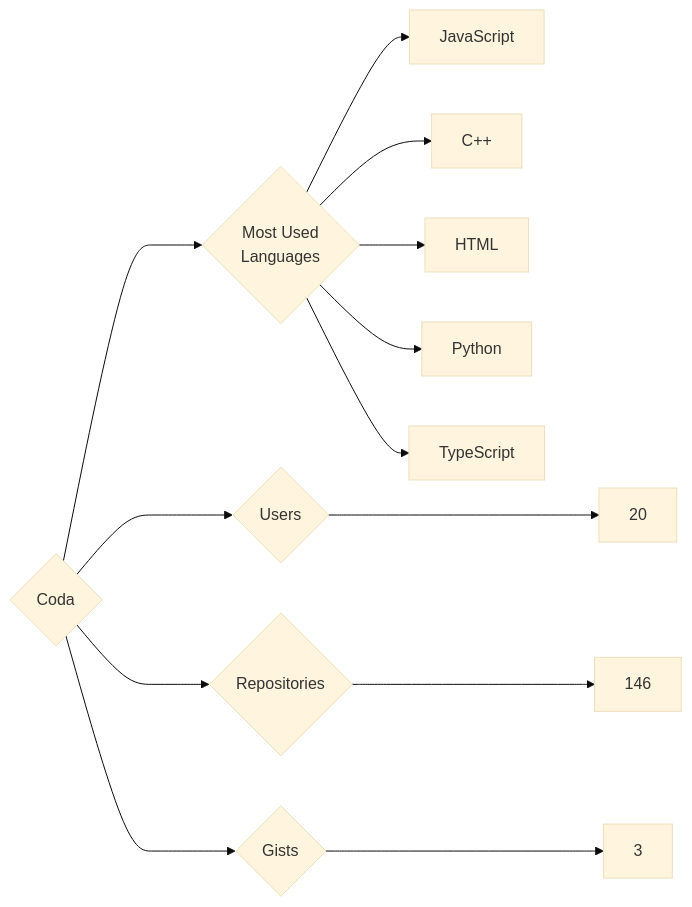
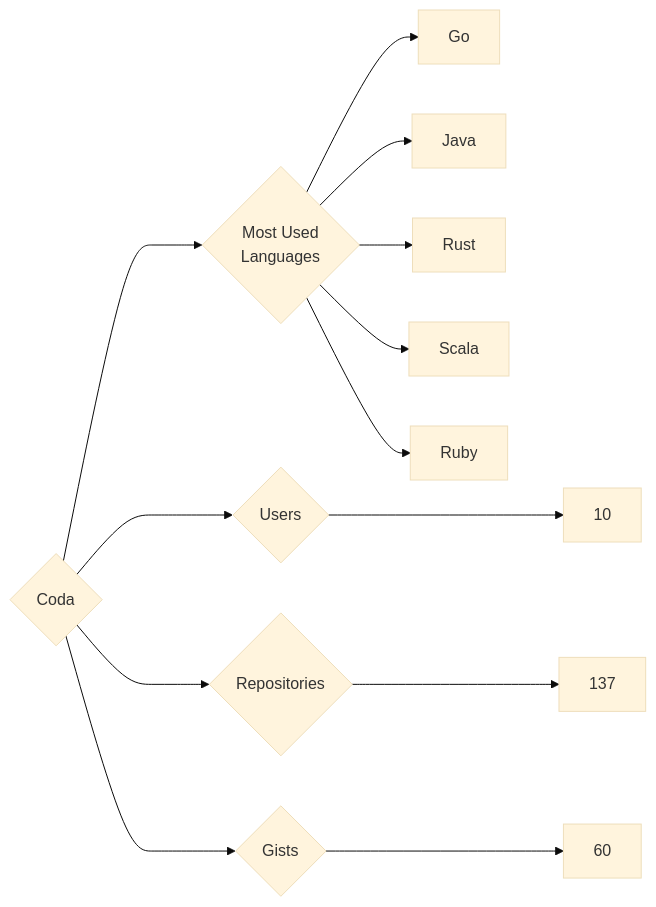
The diagram in targets/Coda/README.md (trickest/insiders), drawn with Mermaid (base theme) before and after one commit. The commit also changed 657 other files, not shown here.

````diff
--- a/targets/Coda/README.md
+++ b/targets/Coda/README.md
@@ -3,13 +3,13 @@
 ```mermaid
 graph LR
 COMPANY_NAME{Coda}
-COMPANY_NAME ---> U{Users} ---> UN[20]
-COMPANY_NAME ---> R{Repositories} ---> RN[146]
-COMPANY_NAME ---> G{Gists} ---> GN[3]
+COMPANY_NAME ---> U{Users} ---> UN[10]
+COMPANY_NAME ---> R{Repositories} ---> RN[137]
+COMPANY_NAME ---> G{Gists} ---> GN[60]
 COMPANY_NAME ---> ML{Most Used<br>Languages}
-ML --> JavaScript[JavaScript]
-ML --> C++[C++]
-ML --> HTML[HTML]
-ML --> Python[Python]
-ML --> TypeScript[TypeScript]
+ML --> Go[Go]
+ML --> Java[Java]
+ML --> Rust[Rust]
+ML --> Scala[Scala]
+ML --> Ruby[Ruby]
 ```
````
